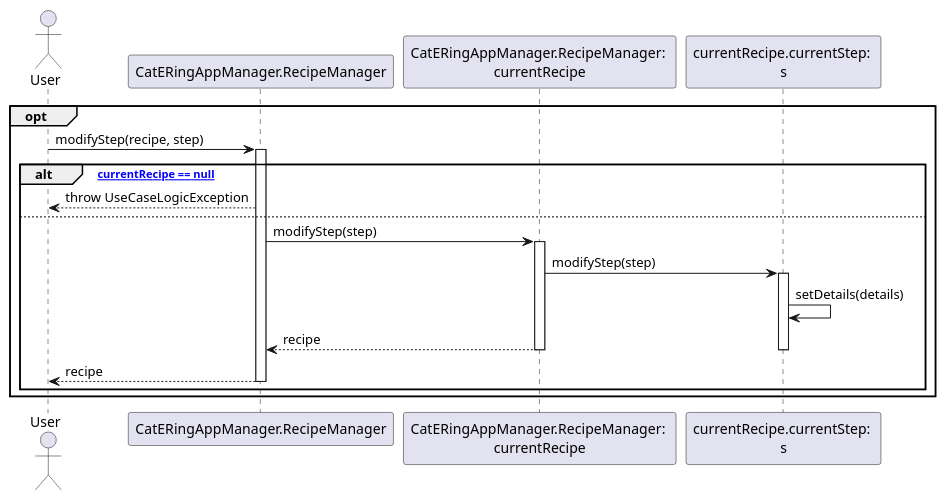
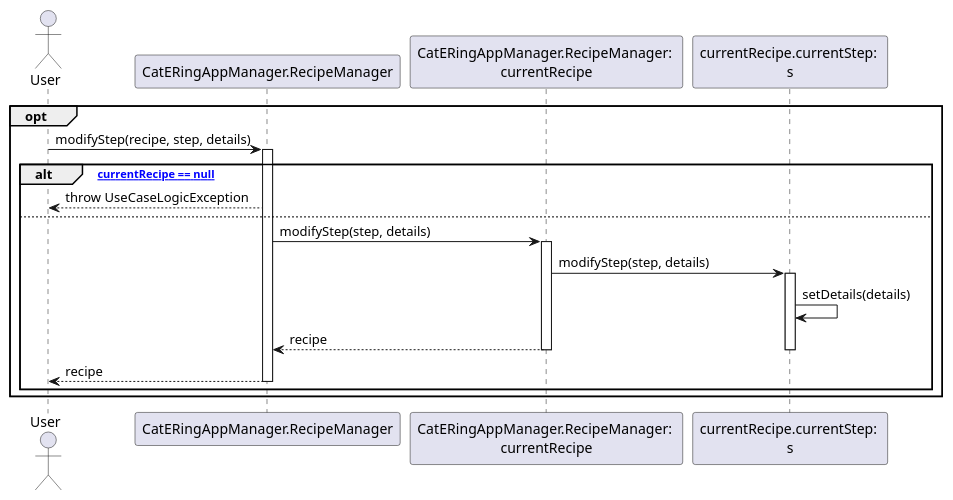
The diagram in dsd/dsd-ricette/2a-modifyStep.md (m0canu1/sas), drawn with PlantUML before and after one commit. The commit also changed 1 other file, not shown here.

````diff
--- a/dsd/dsd-ricette/2a-modifyStep.md
+++ b/dsd/dsd-ricette/2a-modifyStep.md
@@ -1,30 +1,30 @@
 ```plantuml
 Actor User
-Participant "CatERingAppManager.RecipeManager"
-Participant "CatERingAppManager.RecipeManager: \ncurrentRecipe"
-Participant "currentRecipe.currentStep: \ns"
+Participant "CatERingAppManager.RecipeManager" as RM 
+Participant "CatERingAppManager.RecipeManager: \ncurrentRecipe" as CR
+Participant "currentRecipe.currentStep: \ns" as CS 
 opt
-    User -> "CatERingAppManager.RecipeManager": modifyStep(recipe, step)
-    Activate "CatERingAppManager.RecipeManager"
+    User -> RM: modifyStep(recipe, step, details)
+    Activate RM
     alt ["currentRecipe == null"]
-        "CatERingAppManager.RecipeManager" --> User: throw UseCaseLogicException
+        RM --> User: throw UseCaseLogicException
     
     else
-        "CatERingAppManager.RecipeManager" -> "CatERingAppManager.RecipeManager: \ncurrentRecipe": modifyStep(step)
-        Activate "CatERingAppManager.RecipeManager: \ncurrentRecipe"
+        RM -> CR: modifyStep(step, details)
+        Activate CR
         
-        "CatERingAppManager.RecipeManager: \ncurrentRecipe" -> "currentRecipe.currentStep: \ns": modifyStep(step)
-        Activate "currentRecipe.currentStep: \ns"
+        CR -> CS: modifyStep(step, details)
+        Activate CS
     
-        "currentRecipe.currentStep: \ns" -> "currentRecipe.currentStep: \ns": setDetails(details)
+        CS -> CS: setDetails(details)
        
        
-        "CatERingAppManager.RecipeManager: \ncurrentRecipe" --> "CatERingAppManager.RecipeManager": recipe
-        Deactivate "currentRecipe.currentStep: \ns"
-        Deactivate "CatERingAppManager.RecipeManager: \ncurrentRecipe"
+        CR --> RM: recipe
+        Deactivate CS
+        Deactivate CR
     
-        "CatERingAppManager.RecipeManager" --> User: recipe
-        Deactivate "CatERingAppManager.RecipeManager"
+        RM --> User: recipe
+        Deactivate RM
     end
 end
 ```
````
